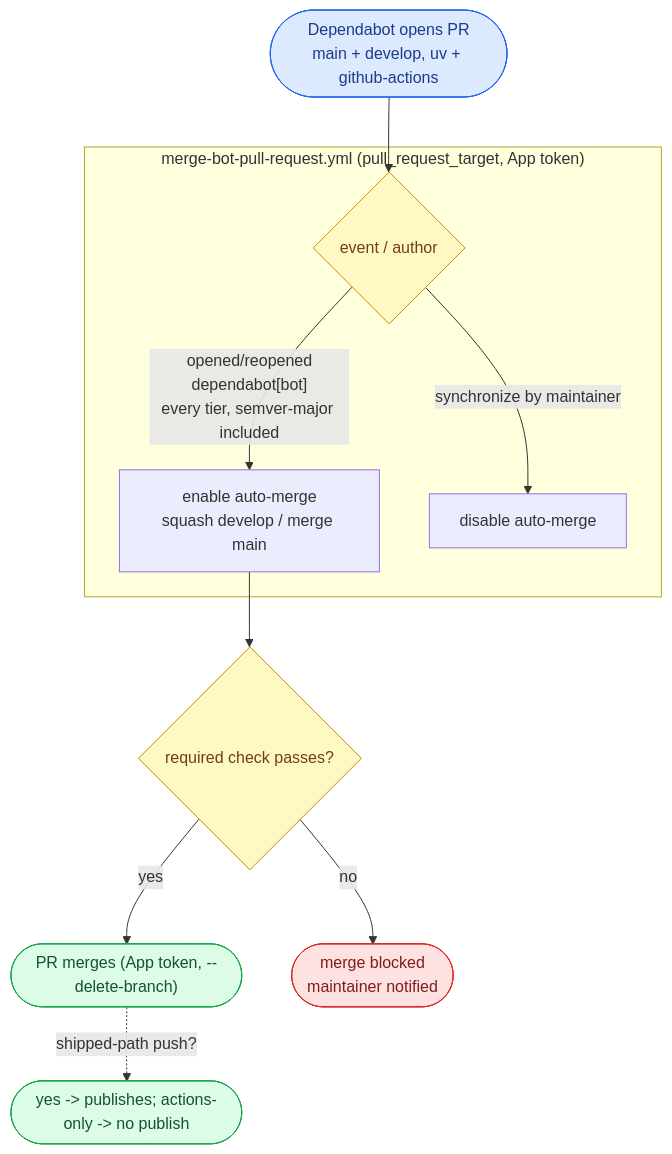
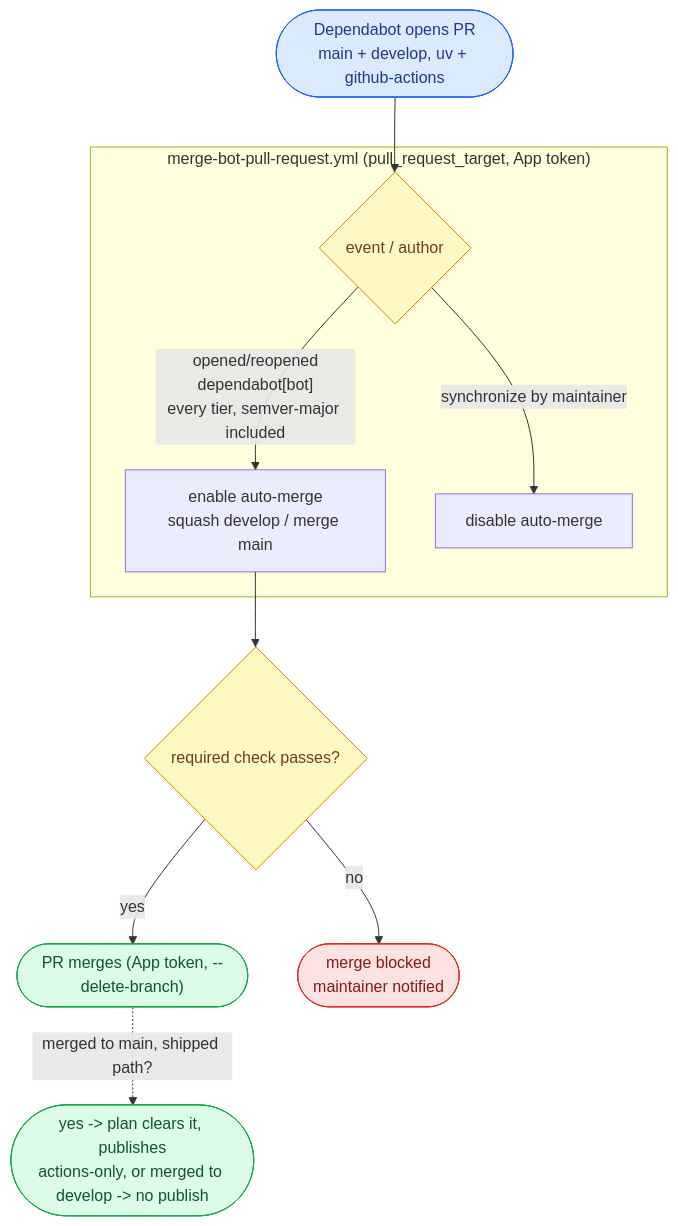
The third of 3 diagrams in WORKFLOW.md (ptr727/aiopurpleair), drawn with Mermaid before and after one commit. The commit also changed other lines of this file and 1 other file, not shown here.

````diff
--- a/WORKFLOW.md
+++ b/WORKFLOW.md
@@ -144,17 +148,17 @@
 ```mermaid
 flowchart TD
     DEP(["Dependabot opens PR<br/>main + develop, uv + github-actions"]):::trig --> MB
     subgraph MBT ["merge-bot-pull-request.yml (pull_request_target, App token)"]
         MB{"event / author"}:::gate
         MB -- "opened/reopened<br/>dependabot[bot]<br/>every tier, semver-major included" --> EN["enable auto-merge<br/>squash develop / merge main"]
         MB -- "synchronize by maintainer" --> DIS["disable auto-merge"]
     end
     EN --> CK{"required check passes?"}:::gate
     CK -- "yes" --> MRG(["PR merges (App token, --delete-branch)"]):::pub
     CK -- "no" --> BLK(["merge blocked<br/>maintainer notified"]):::stop
-    MRG -. "shipped-path push?" .-> PUB(["yes -> publishes; actions-only -> no publish"]):::pub
+    MRG -. "merged to main, shipped path?" .-> PUB(["yes -> plan clears it, publishes<br/>actions-only, or merged to develop -> no publish"]):::pub
     classDef trig fill:#dbeafe,stroke:#2563eb,color:#1e3a8a
     classDef gate fill:#fef9c3,stroke:#ca8a04,color:#713f12
     classDef pub fill:#dcfce7,stroke:#16a34a,color:#14532d
     classDef stop fill:#fee2e2,stroke:#dc2626,color:#7f1d1d
 ```
````
